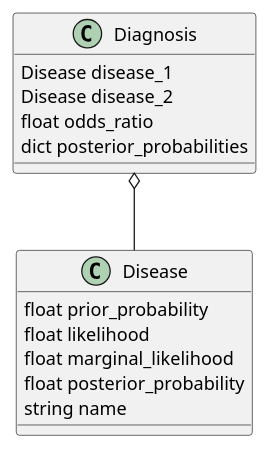
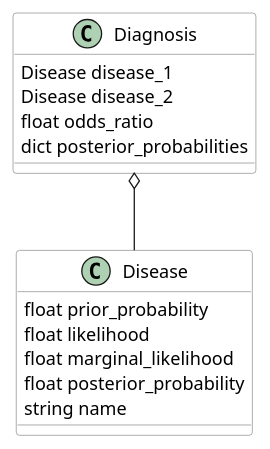
Before and after one commit to necromuralist/A-Likely-Story: the diagram in output/posts/bayes/the-pox-probabilities/index.org, drawn with PlantUML. The commit also changed other lines of this file and 16 other files, not shown here.

```diff
--- a/output/posts/bayes/the-pox-probabilities/index.org
+++ b/output/posts/bayes/the-pox-probabilities/index.org
@@ -36,13 +50,18 @@
-#+begin_src plantuml :file ../../files/posts/bayes/the-pox-probabilities/pox_uml.png
+#+begin_src plantuml :file ../../files/posts/bayes/the-pox-probabilities/pox_uml.png :exports none
+skinparam class { 
+  BackgroundColor White 
+  BorderColor Gray
+}
+
 Diagnosis o-- Disease
 Diagnosis : Disease disease_1
 Diagnosis : Disease disease_2
 Diagnosis : float odds_ratio
 Diagnosis : dict posterior_probabilities
 
 Disease : float prior_probability
 Disease : float likelihood
 Disease : float marginal_likelihood
 Disease : float posterior_probability
 Disease : string name
 #+end_src
```
